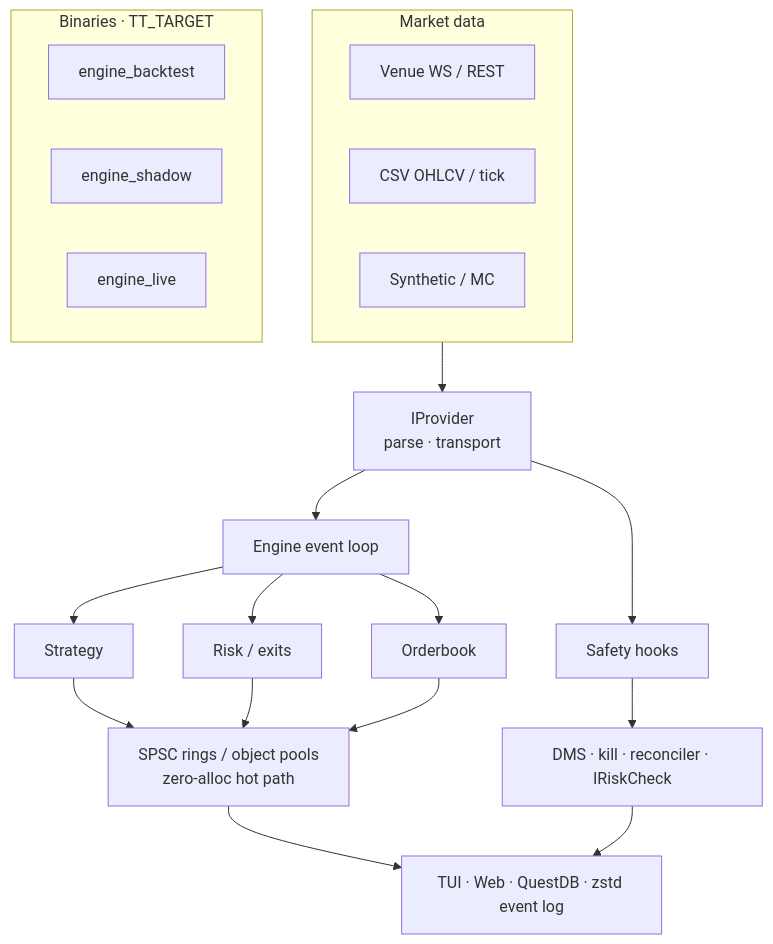
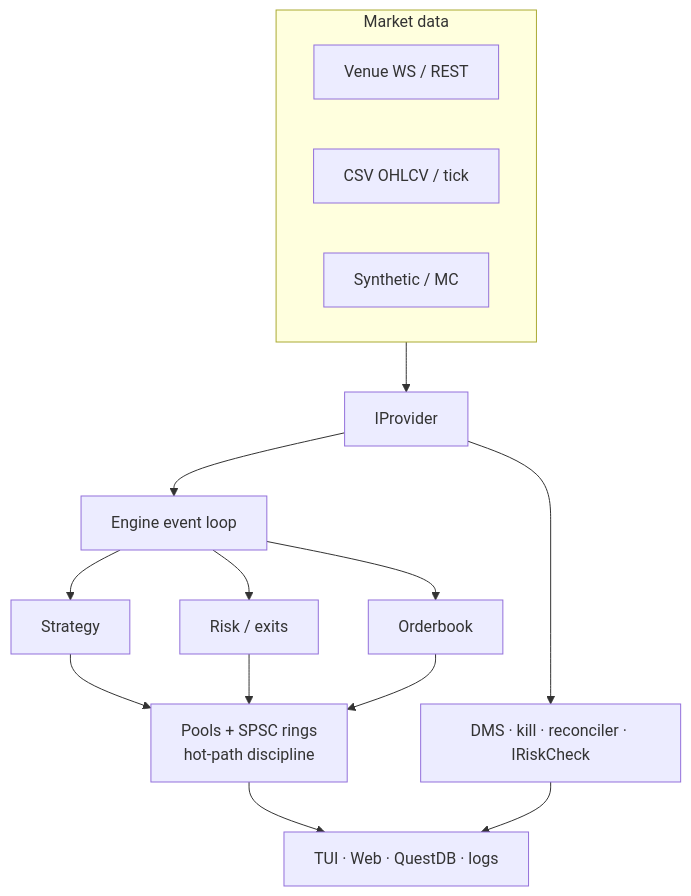
Before and after one commit to LeonardFoerster/truetest-core: the diagram in README.md, drawn with Mermaid. The commit also changed other lines of this file, not shown here.

````diff
--- a/README.md
+++ b/README.md
@@ -287,31 +130,20 @@
 ```mermaid
 flowchart TB
   subgraph sources["Market data"]
     V["Venue WS / REST"]
     CSV["CSV OHLCV / tick"]
     SYN["Synthetic / MC"]
   end
 
-  subgraph binaries["Binaries · TT_TARGET"]
-    EB["engine_backtest"]
-    ES["engine_shadow"]
-    EL["engine_live"]
-  end
-
-  sources --> IP["IProvider<br/>parse · transport"]
+  sources --> IP["IProvider"]
   IP --> LOOP["Engine event loop"]
-
   LOOP --> STR["Strategy"]
   LOOP --> RISK["Risk / exits"]
   LOOP --> BOOK["Orderbook"]
-
-  STR --> RINGS["SPSC rings / object pools<br/>zero-alloc hot path"]
-  RISK --> RINGS
-  BOOK --> RINGS
-
-  IP --> SAFE["Safety hooks"]
-  SAFE --> DMS["DMS · kill · reconciler · IRiskCheck"]
-
-  RINGS --> OBS["TUI · Web · QuestDB · zstd event log"]
-  DMS --> OBS
+  STR --> HOT["Pools + SPSC rings<br/>hot-path discipline"]
+  RISK --> HOT
+  BOOK --> HOT
+  IP --> SAFE["DMS · kill · reconciler · IRiskCheck"]
+  HOT --> COLD["TUI · Web · QuestDB · logs"]
+  SAFE --> COLD
 ```
````
